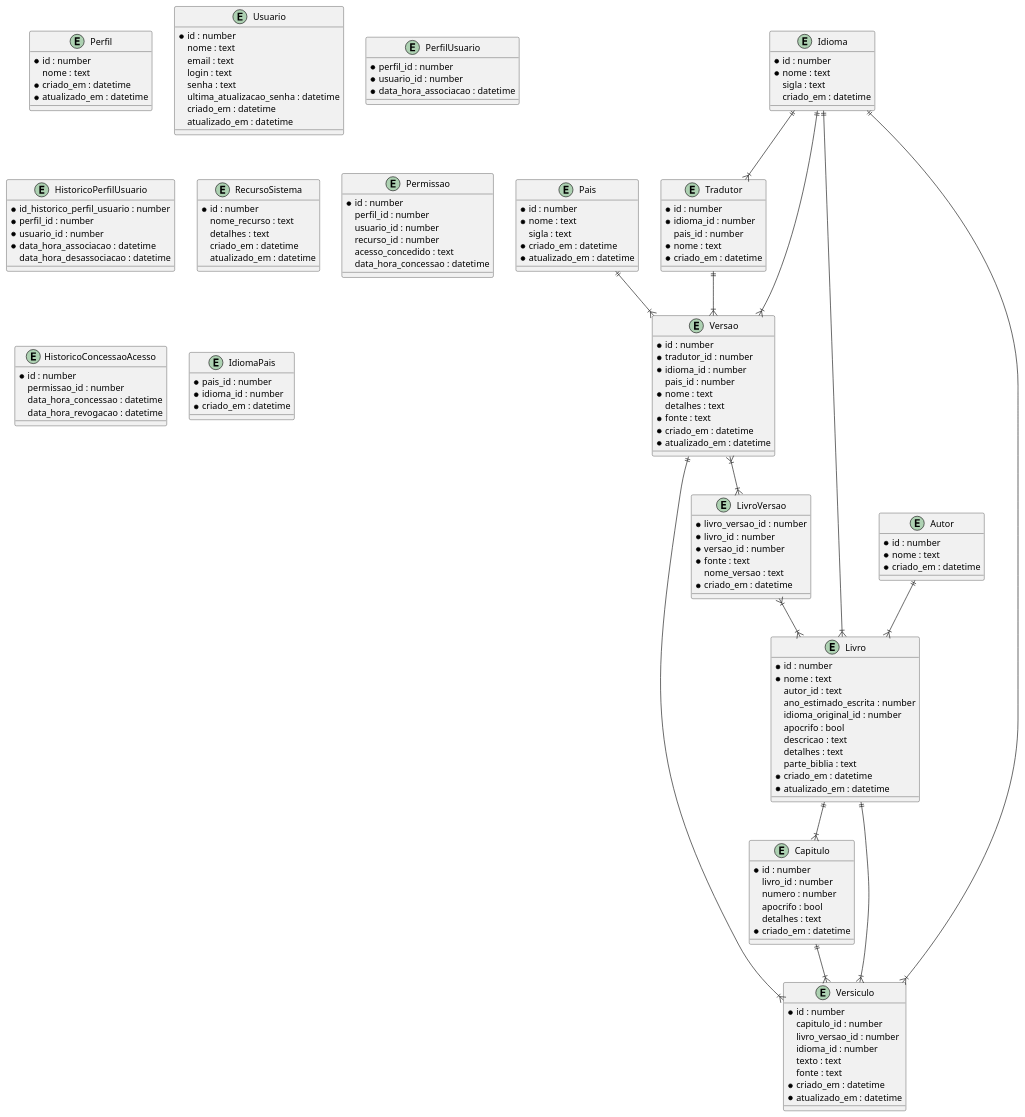
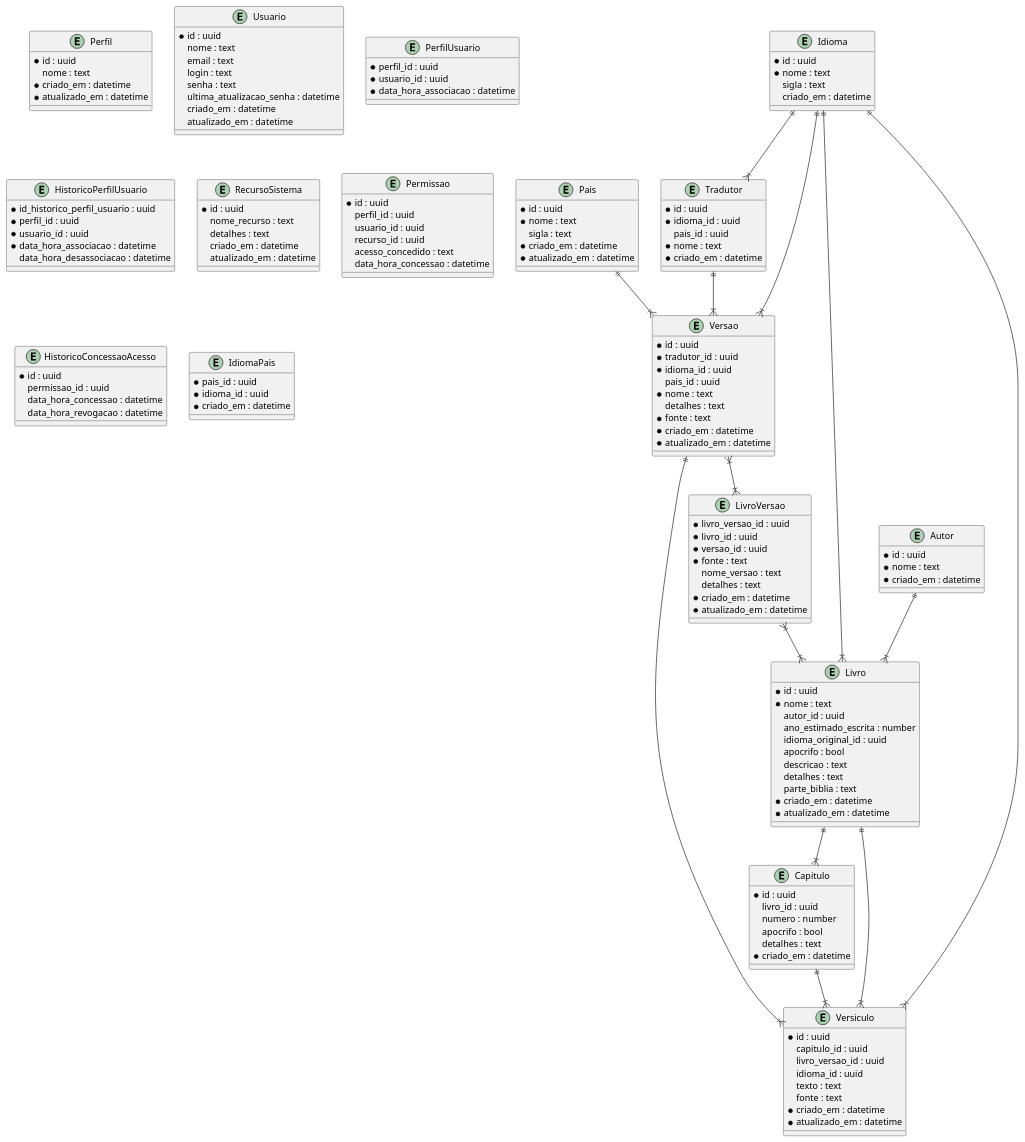
The diagram in docs/db_model.puml (aberriel/holy_bible_bi_py), drawn with PlantUML before and after one commit. The commit also changed 19 other files, not shown here.

```diff
--- a/docs/db_model.puml
+++ b/docs/db_model.puml
@@ -1,155 +1,157 @@
 @startuml
 entity Perfil {
-	*id : number
+	*id : uuid
 	nome : text
 	*criado_em : datetime
 	*atualizado_em : datetime
 }
 entity Usuario {
-	*id : number
+	*id : uuid
 	nome : text
 	email : text
 	login : text
 	senha : text
 	ultima_atualizacao_senha : datetime
 	criado_em : datetime
 	atualizado_em : datetime
 }
 entity PerfilUsuario {
-	*perfil_id : number
-	*usuario_id : number
+	*perfil_id : uuid
+	*usuario_id : uuid
 	*data_hora_associacao : datetime
 }
 entity HistoricoPerfilUsuario {
-	*id_historico_perfil_usuario : number
-	*perfil_id : number
-	*usuario_id : number
+	*id_historico_perfil_usuario : uuid
+	*perfil_id : uuid
+	*usuario_id : uuid
 	*data_hora_associacao : datetime
 	data_hora_desassociacao : datetime
 }
 entity RecursoSistema {
-	*id : number
+	*id : uuid
 	nome_recurso : text
 	detalhes : text
 	criado_em : datetime
 	atualizado_em : datetime
 }
 entity Permissao {
-	*id : number
-	perfil_id : number
-	usuario_id : number
-	recurso_id : number
+	*id : uuid
+	perfil_id : uuid
+	usuario_id : uuid
+	recurso_id : uuid
 	acesso_concedido : text
 	data_hora_concessao : datetime
 }
 entity HistoricoConcessaoAcesso {
-	*id : number
-	permissao_id : number
+	*id : uuid
+	permissao_id : uuid
 	data_hora_concessao : datetime
 	data_hora_revogacao : datetime
 }
 entity Pais {
-	*id : number
+	*id : uuid
 	*nome : text
 	sigla : text
 	*criado_em : datetime
 	*atualizado_em : datetime
 }
 entity Idioma {
-	*id : number
+	*id : uuid
 	*nome : text
 	sigla : text
 	criado_em : datetime
 }
 entity IdiomaPais {
-	*pais_id : number
-	*idioma_id : number
+	*pais_id : uuid
+	*idioma_id : uuid
 	*criado_em : datetime
 }
 
 entity Tradutor {
-	*id : number
-	*idioma_id : number
-	pais_id : number
+	*id : uuid
+	*idioma_id : uuid
+	pais_id : uuid
 	*nome : text
 	*criado_em : datetime
 }
 
 Idioma ||--|{ Tradutor
 
 entity Autor {
-	*id : number
+	*id : uuid
 	*nome : text
 	*criado_em : datetime
 }
 
 entity Versao {
-	*id : number
-	*tradutor_id : number
-	*idioma_id : number
-	pais_id : number
+	*id : uuid
+	*tradutor_id : uuid
+	*idioma_id : uuid
+	pais_id : uuid
 	*nome : text
 	detalhes : text
 	*fonte : text
 	*criado_em : datetime
 	*atualizado_em : datetime
 }
 
 Idioma ||--|{ Versao
 Tradutor ||--|{ Versao
 Pais ||--|{ Versao
 
 entity LivroVersao {
-	*livro_versao_id : number
-	*livro_id : number
-	*versao_id : number
+	*livro_versao_id : uuid
+	*livro_id : uuid
+	*versao_id : uuid
 	*fonte : text
 	nome_versao : text
+	detalhes : text
 	*criado_em : datetime
+	*atualizado_em : datetime
 }
 entity Livro {
-	*id : number
+	*id : uuid
 	*nome : text
-	autor_id : text
+	autor_id : uuid
 	ano_estimado_escrita : number
-	idioma_original_id : number
+	idioma_original_id : uuid
 	apocrifo : bool
 	descricao : text
 	detalhes : text
 	parte_biblia : text
 	*criado_em : datetime
 	*atualizado_em : datetime
 }
 
 Autor ||--|{ Livro
 Idioma ||--|{ Livro
 LivroVersao }|--|{ Livro
 Versao }|--|{ LivroVersao
 
 entity Capitulo {
-	*id : number
-	livro_id : number
+	*id : uuid
+	livro_id : uuid
 	numero : number
 	apocrifo : bool
 	detalhes : text
 	*criado_em : datetime
 }
 
 Livro ||--|{ Capitulo
 
 entity Versiculo {
-	*id : number
-	capitulo_id : number
-	livro_versao_id : number
-	idioma_id : number
+	*id : uuid
+	capitulo_id : uuid
+	livro_versao_id : uuid
+	idioma_id : uuid
 	texto : text
 	fonte : text
 	*criado_em : datetime
 	*atualizado_em : datetime
 }
 
 Capitulo ||--|{ Versiculo
 Livro ||--|{ Versiculo
 Versao ||--|{ Versiculo
 Idioma ||--|{ Versiculo
 @enduml
```
